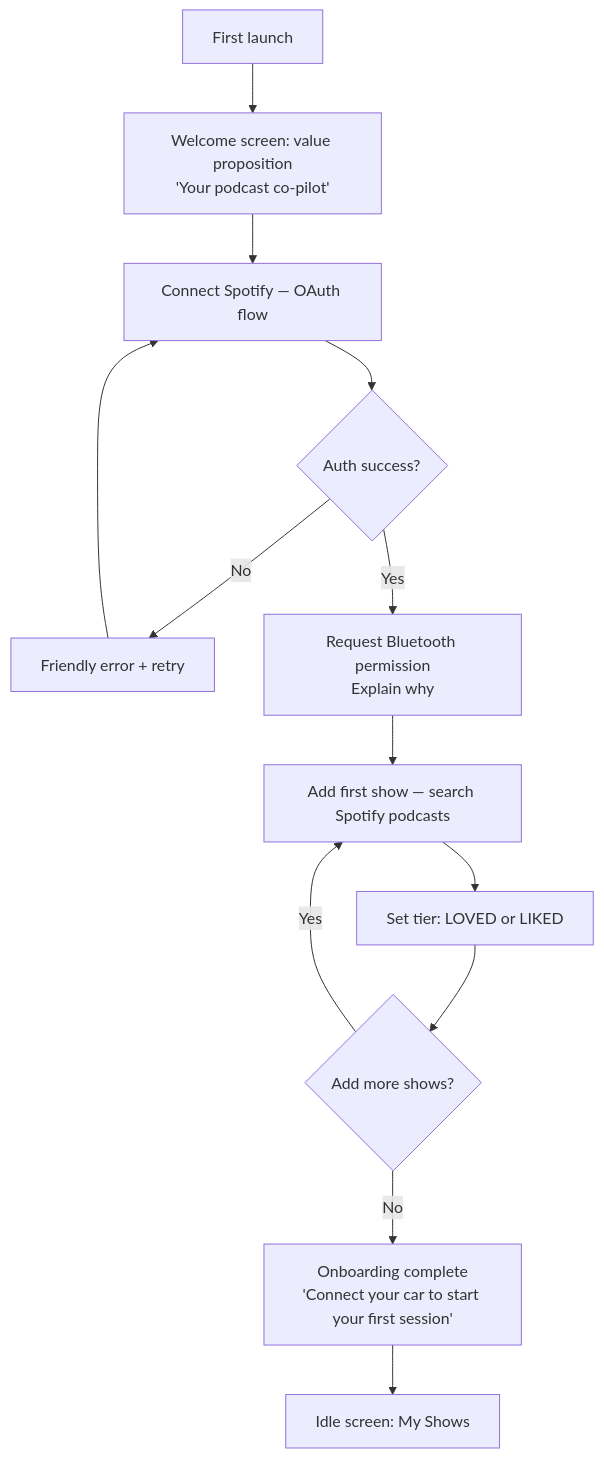
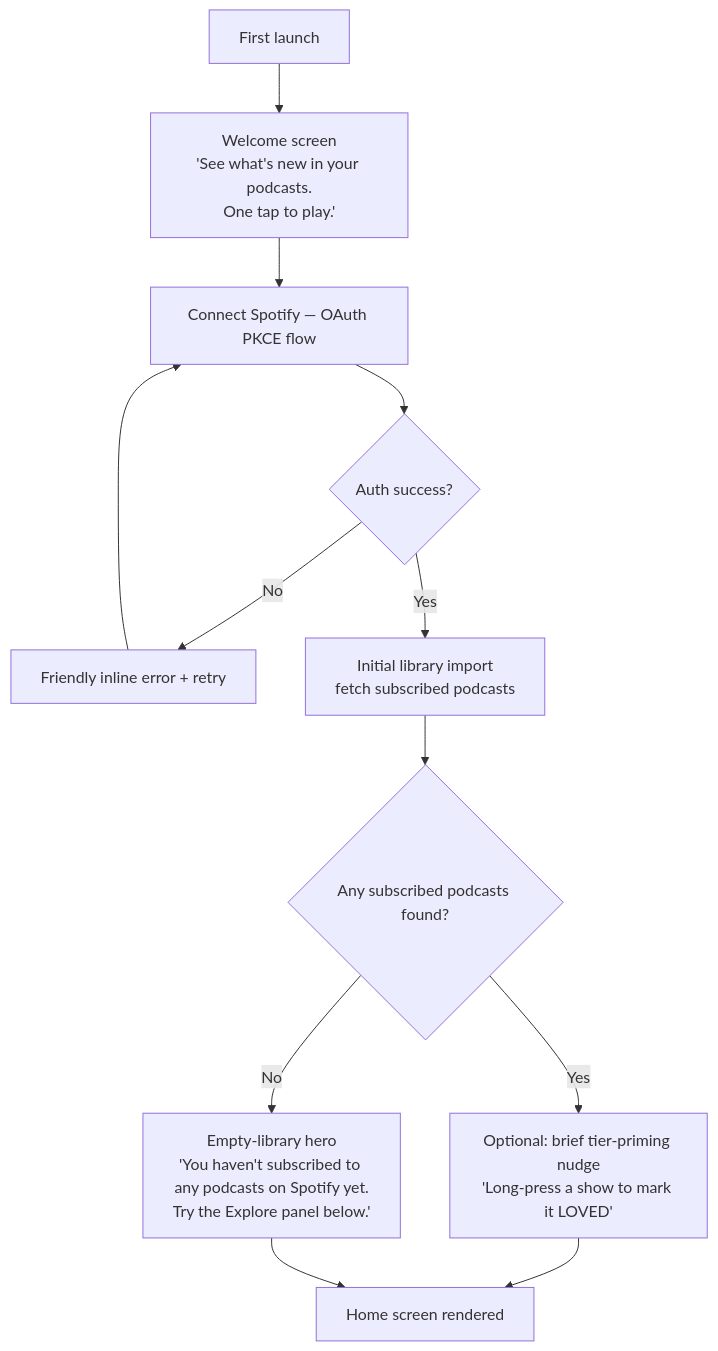
Before and after one commit to ddimitrelos/poddrive: the second of 5 diagrams in _bmad-output/planning-artifacts/ux-design-specification.md, drawn with Mermaid. The commit also changed other lines of this file and 65 other files, not shown here.

````diff
--- a/_bmad-output/planning-artifacts/ux-design-specification.md
+++ b/_bmad-output/planning-artifacts/ux-design-specification.md
@@ -367,15 +497,14 @@
 ```mermaid
 flowchart TD
-    A[First launch] --> B[Welcome screen: value proposition\n'Your podcast co-pilot']
-    B --> C[Connect Spotify — OAuth flow]
+    A[First launch] --> B[Welcome screen<br/>'See what's new in your podcasts.<br/>One tap to play.']
+    B --> C[Connect Spotify — OAuth PKCE flow]
     C --> D{Auth success?}
-    D -- No --> E[Friendly error + retry]
+    D -- No --> E[Friendly inline error + retry]
     E --> C
-    D -- Yes --> F[Request Bluetooth permission\nExplain why]
-    F --> G[Add first show — search Spotify podcasts]
-    G --> H[Set tier: LOVED or LIKED]
-    H --> I{Add more shows?}
-    I -- Yes --> G
-    I -- No --> J[Onboarding complete\n'Connect your car to start your first session']
-    J --> K[Idle screen: My Shows]
+    D -- Yes --> F[Initial library import<br/>fetch subscribed podcasts]
+    F --> G{Any subscribed podcasts found?}
+    G -- Yes --> H[Optional: brief tier-priming nudge<br/>'Long-press a show to mark it LOVED']
+    G -- No --> I[Empty-library hero<br/>'You haven't subscribed to any podcasts on Spotify yet.<br/>Try the Explore panel below.']
+    H --> J[Home screen rendered]
+    I --> J
 ```
````
